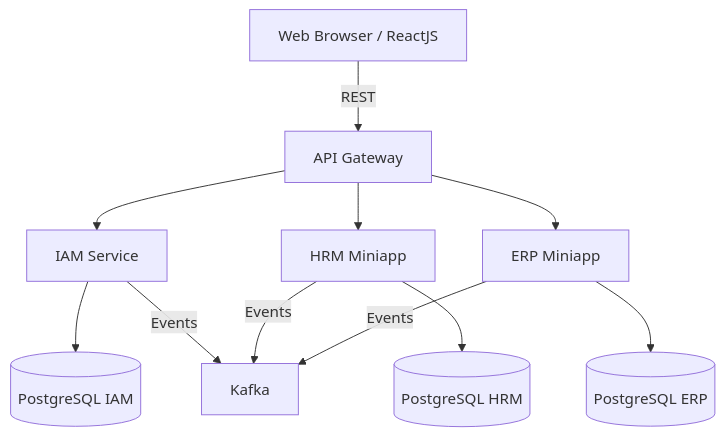
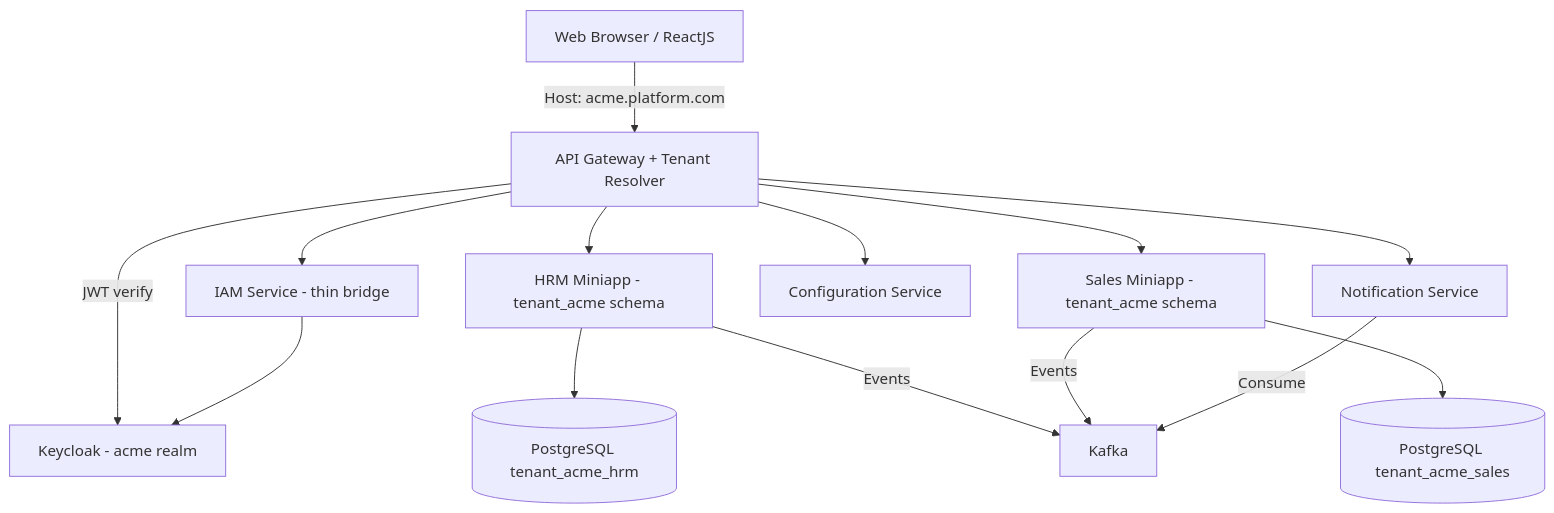
One commit to nvhuong/cachesol-docs changed the diagram in enterprise-platform/README.md. Above: the diagram before and after it, drawn with Mermaid. The commit also changed other lines of this file and 18 other files, not shown here.

First line of the commit message:
feat(architecture): v3 - multi-tenant schema-per-tenant + Keycloak-backed IAM + giảm 15→6 platform services

````diff
--- a/enterprise-platform/README.md
+++ b/enterprise-platform/README.md
@@ -32,15 +32,18 @@
 ```mermaid
 graph TD
-    Client[Web Browser / ReactJS] -->|REST| API_Gateway[API Gateway]
-    API_Gateway --> IAM[IAM Service]
-    API_Gateway --> HRM[HRM Miniapp]
-    API_Gateway --> ERP[ERP Miniapp]
+    Client[Web Browser / ReactJS] -->|Host: acme.platform.com| API_Gateway[API Gateway + Tenant Resolver]
+    API_Gateway -->|JWT verify| Keycloak[Keycloak - acme realm]
+    API_Gateway --> IAM[IAM Service - thin bridge]
+    API_Gateway --> HRM[HRM Miniapp - tenant_acme schema]
+    API_Gateway --> Sales[Sales Miniapp - tenant_acme schema]
+    API_Gateway --> Config[Configuration Service]
+    API_Gateway --> Notif[Notification Service]
 
-    IAM --> DB_IAM[(PostgreSQL IAM)]
-    HRM --> DB_HRM[(PostgreSQL HRM)]
-    ERP --> DB_ERP[(PostgreSQL ERP)]
+    IAM --> Keycloak
+    HRM --> DB_HRM[(PostgreSQL tenant_acme_hrm)]
+    Sales --> DB_Sales[(PostgreSQL tenant_acme_sales)]
 
-    IAM -->|Events| Kafka[Kafka]
-    HRM -->|Events| Kafka
-    ERP -->|Events| Kafka
+    HRM -->|Events| Kafka[Kafka]
+    Sales -->|Events| Kafka
+    Notif -->|Consume| Kafka
 ```
````
